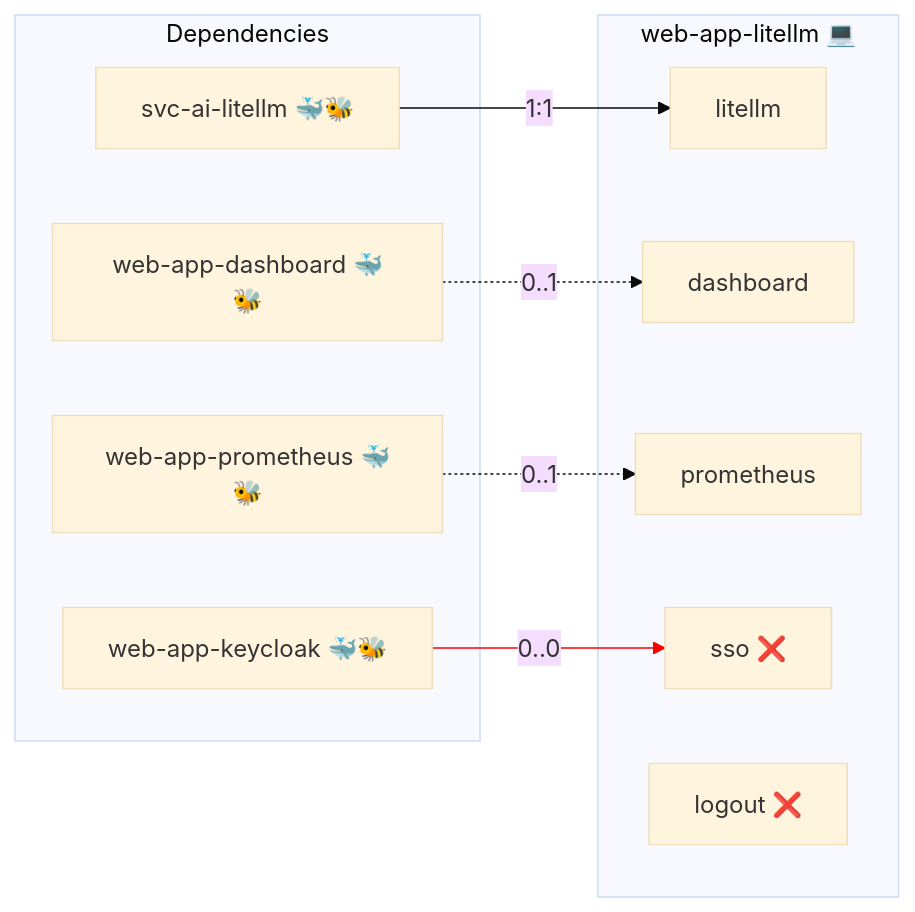
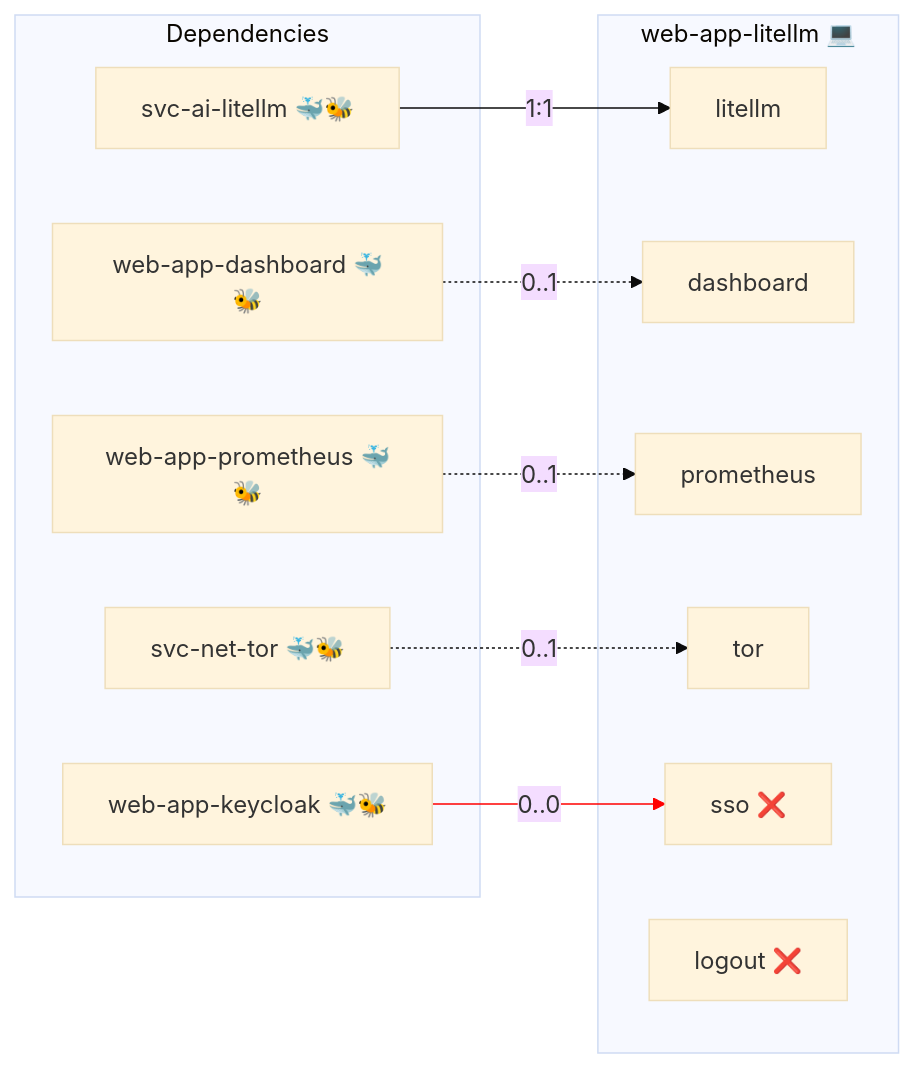
The diagram in roles/web-app-litellm/README.md (infinito-nexus/core), drawn with Mermaid (base theme) before and after one commit. The commit also changed 8 other files, not shown here.

````diff
--- a/roles/web-app-litellm/README.md
+++ b/roles/web-app-litellm/README.md
@@ -15,21 +15,24 @@
 ```mermaid
 flowchart LR
     subgraph deps [Dependencies]
         dep_svc_ai_litellm["svc-ai-litellm 🐳🐝"]
+        dep_svc_net_tor["svc-net-tor 🐳🐝"]
         dep_web_app_dashboard["web-app-dashboard 🐳🐝"]
         dep_web_app_keycloak["web-app-keycloak 🐳🐝"]
         dep_web_app_prometheus["web-app-prometheus 🐳🐝"]
     end
     subgraph role [web-app-litellm 💻]
         svc_litellm["litellm"]
         svc_dashboard["dashboard"]
         svc_prometheus["prometheus"]
+        svc_tor["tor"]
         svc_sso["sso ❌"]
         svc_logout["logout ❌"]
     end
     dep_svc_ai_litellm -- "1:1" --> svc_litellm
+    dep_svc_net_tor -. "0..1" .-> svc_tor
     dep_web_app_dashboard -. "0..1" .-> svc_dashboard
     dep_web_app_keycloak -- "0..0" --> svc_sso
     dep_web_app_prometheus -. "0..1" .-> svc_prometheus
-    linkStyle 2 stroke:red;
+    linkStyle 3 stroke:red;
 ```
````
